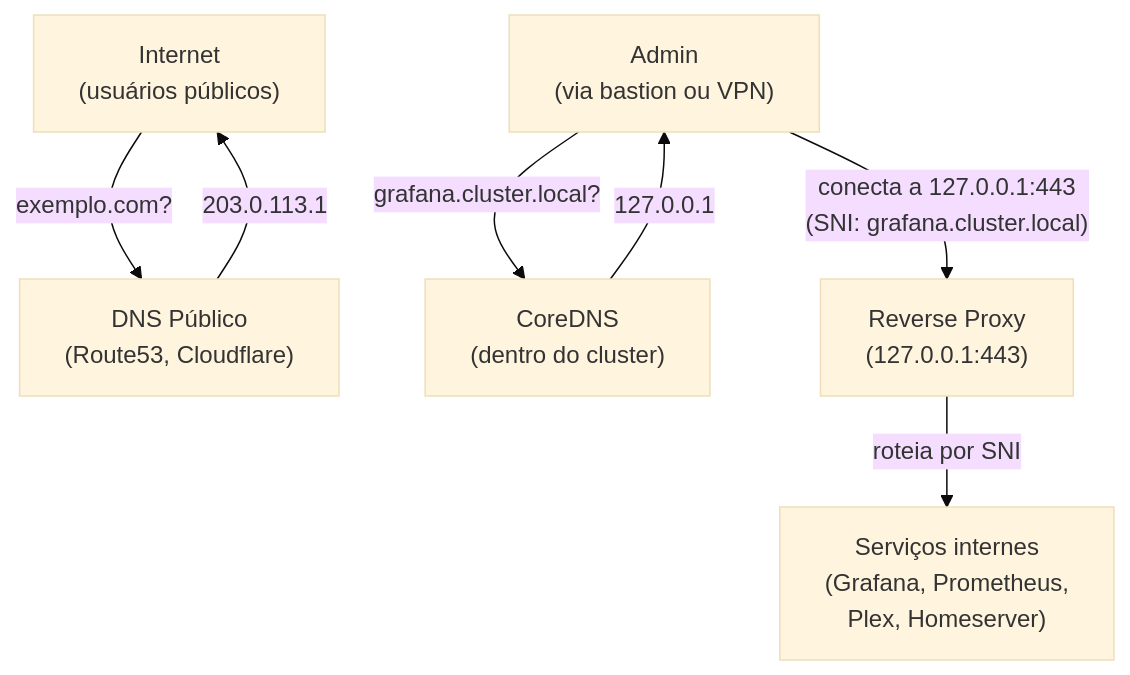
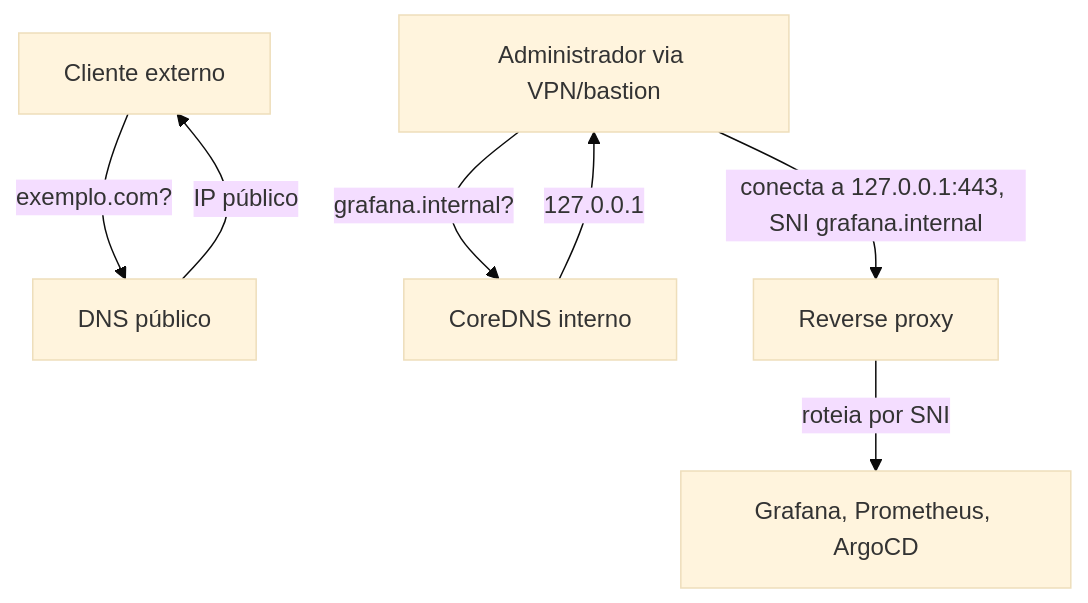
One commit to guesant/cluster-management-notes changed the diagram in src/content/docs/learn/networking/split-horizon-dns.mdx. Above: the diagram before and after it, drawn with Mermaid (base theme). The commit also changed other lines of this file and 84 other files, not shown here.

````diff
--- a/src/content/docs/learn/networking/split-horizon-dns.mdx
+++ b/src/content/docs/learn/networking/split-horizon-dns.mdx
@@ -30,23 +17,13 @@
 ```mermaid
 flowchart TB
-    accTitle: Split-horizon DNS e reverse proxy
-    accDescr: Domínios internos resolvem para localhost, reverse proxy roteia.
+    accTitle: Split-horizon DNS com reverse proxy
+    accDescr: Um cliente externo consulta DNS público e recebe o endereço público do cluster. Um administrador na rede interna, via VPN ou bastion, consulta o CoreDNS interno e recebe o endereço do reverse proxy, que roteia por SNI até o serviço correto.
 
-    Internet["Internet<br/>(usuários públicos)"]
-    Admin["Admin<br/>(via bastion ou VPN)"]
-    
-    PublicDNS["DNS Público<br/>(Route53, Cloudflare)"]
-    InternalDNS["CoreDNS<br/>(dentro do cluster)"]
-    
-    ReverseProxy["Reverse Proxy<br/>(127.0.0.1:443)"]
-    
-    Services["Serviços internes<br/>(Grafana, Prometheus,<br/>Plex, Homeserver)"]
-    
-    Internet -->|"exemplo.com?"| PublicDNS
-    PublicDNS -->|"203.0.113.1"| Internet
-    
-    Admin -->|"grafana.cluster.local?"| InternalDNS
-    InternalDNS -->|"127.0.0.1"| Admin
-    Admin -->|"conecta a 127.0.0.1:443<br/>(SNI: grafana.cluster.local)"| ReverseProxy
-    ReverseProxy -->|"roteia por SNI"| Services
+    Internet["Cliente externo"] -->|"exemplo.com?"| DNSPublico["DNS público"]
+    DNSPublico -->|"IP público"| Internet
+
+    Admin["Administrador via VPN/bastion"] -->|"grafana.internal?"| CoreDNS["CoreDNS interno"]
+    CoreDNS -->|"127.0.0.1"| Admin
+    Admin -->|"conecta a 127.0.0.1:443, SNI grafana.internal"| Proxy["Reverse proxy"]
+    Proxy -->|"roteia por SNI"| Servicos["Grafana, Prometheus, ArgoCD"]
 ```
````
